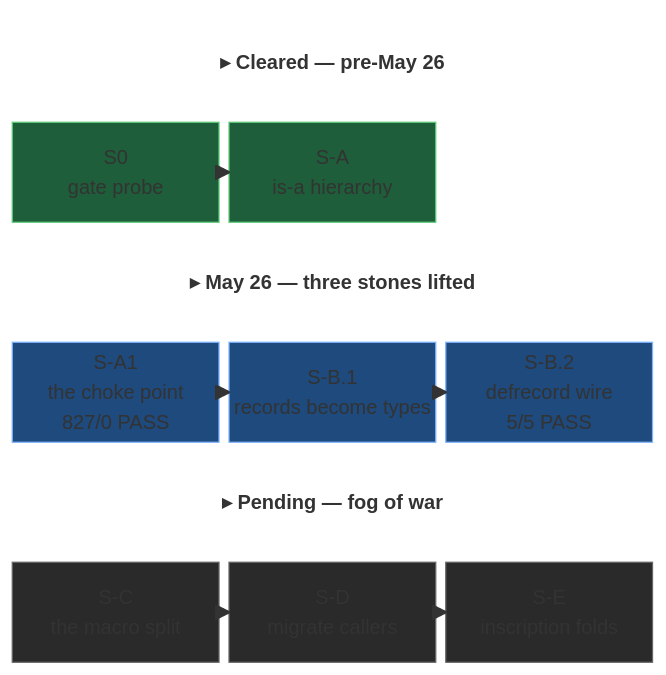
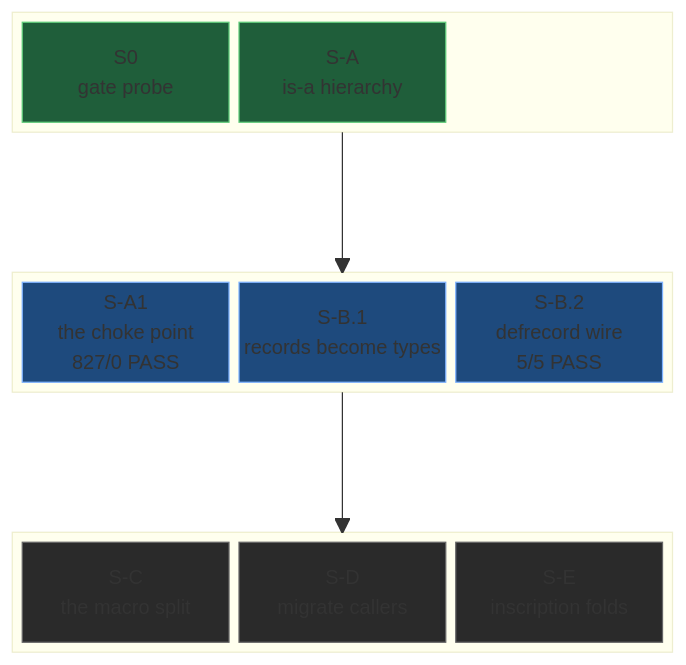
Before and after one commit to watmin/algebraic-intelligence.dev: the diagram in src/content/docs/blog/story/series-006-019-records-become-types.md, drawn with Mermaid.

Commit message:
story: 019 boss-map — use nested block:ID...end + space (the real primitive)
I was misusing block-beta. The flat columns-3 model collapses
arrows to chevrons and gives no spacing. The actual primitive per
mermaid docs (https://mermaid.ai/open-source/syntax/block.html) is
nested block:ID...end groups for horizontal rows + space rows for
vertical breathing room.

New structure: outer `columns 1` (vertical stack), three nested
`block:row_id` groups each with `columns 3` (horizontal LR rows),
`space` rows between them for breathing. Arrows now go between the
GROUPS (cleared_row --> today_row, today_row --> pending_row) so
they get proper rendering with the gap, not collapsed chevrons.

Same dungeon styling carries over.

````diff
--- a/src/content/docs/blog/story/series-006-019-records-become-types.md
+++ b/src/content/docs/blog/story/series-006-019-records-become-types.md
@@ -24,35 +24,39 @@
 ```mermaid
 block-beta
+columns 1
+
+block:cleared_row
     columns 3
-    HD1["▸ Cleared — pre-May 26"]:3
     S0["S0<br/>gate probe"] SA["S-A<br/>is-a hierarchy"] space
-    HD2["▸ May 26 — three stones lifted"]:3
+end
+
+space
+
+block:today_row
+    columns 3
     SA1["S-A1<br/>the choke point<br/>827/0 PASS"] SB1["S-B.1<br/>records become types"] SB2["S-B.2<br/>defrecord wire<br/>5/5 PASS"]
-    HD3["▸ Pending — fog of war"]:3
+end
+
+space
+
+block:pending_row
+    columns 3
     SC["S-C<br/>the macro split"] SD["S-D<br/>migrate callers"] SE["S-E<br/>inscription folds"]
+end
 
-    S0 --> SA
-    SA1 --> SB1
-    SB1 --> SB2
-    SC --> SD
-    SD --> SE
+cleared_row --> today_row
+today_row --> pending_row
 
-    classDef cleared fill:#1f5e3a,stroke:#5fcc7a,color:#bff6cb
-    classDef today fill:#1e4a7d,stroke:#7fb3ff,color:#dde9ff
-    classDef pending fill:#2a2a2a,stroke:#666,color:#999
-    classDef hdrCleared fill:transparent,stroke:transparent,color:#5fcc7a,font-weight:600
-    classDef hdrToday fill:transparent,stroke:transparent,color:#7fb3ff,font-weight:600
-    classDef hdrPending fill:transparent,stroke:transparent,color:#888,font-weight:600
+classDef cleared fill:#1f5e3a,stroke:#5fcc7a,color:#bff6cb
+classDef today fill:#1e4a7d,stroke:#7fb3ff,color:#dde9ff
+classDef pending fill:#2a2a2a,stroke:#666,color:#999
 
-    class HD1 hdrCleared
-    class HD2 hdrToday
-    class HD3 hdrPending
-    class S0 cleared
-    class SA cleared
-    class SA1 today
-    class SB1 today
-    class SB2 today
-    class SC pending
-    class SD pending
-    class SE pending
+class S0 cleared
+class SA cleared
+class SA1 today
+class SB1 today
+class SB2 today
+class SC pending
+class SD pending
+class SE pending
 ```
````
